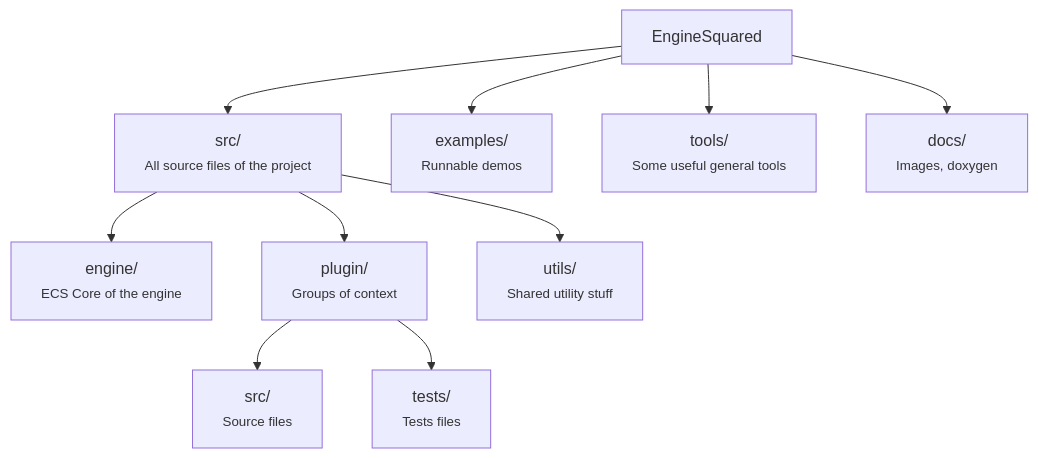
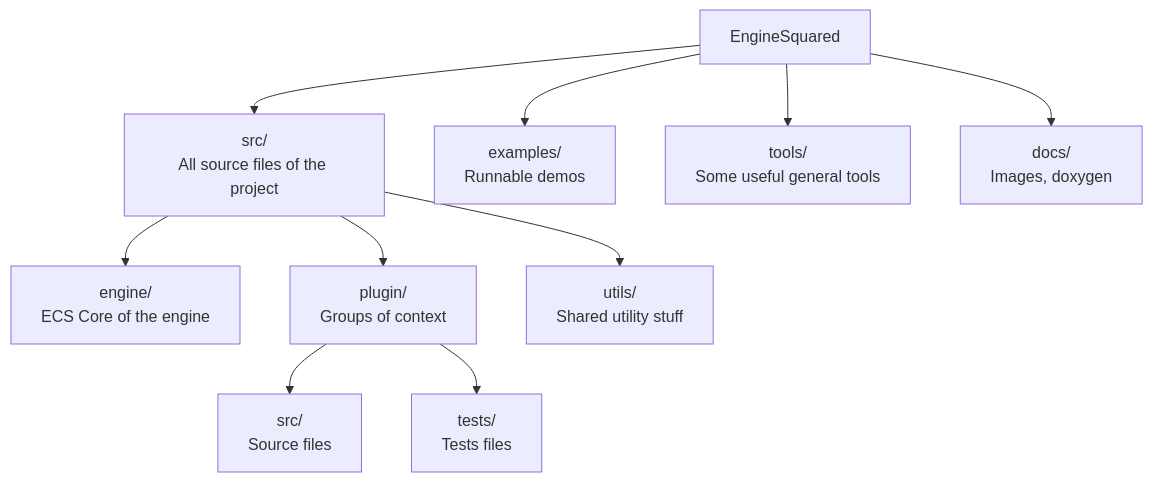
One commit to EngineSquared/EngineSquared changed the diagram in README.md. Above: the diagram before and after it, drawn with Mermaid. The commit also changed other lines of this file, not shown here.

````diff
--- a/README.md
+++ b/README.md
@@ -76,16 +98,16 @@
 ```mermaid
 graph TD
   ROOT["EngineSquared"]
 
-  ROOT --> SRC["src/"<br/><small>All source files of the project</small>]
-  ROOT --> EX["examples/<br/><small>Runnable demos</small>"]
-  ROOT --> TOOLS["tools/<br/><small>Some useful general tools</small>"]
-  ROOT --> DOCS["docs/<br/><small>Images, doxygen</small>"]
+  ROOT --> SRC["src/"<br/>All source files of the project]
+  ROOT --> EX["examples/<br/>Runnable demos"]
+  ROOT --> TOOLS["tools/<br/>Some useful general tools"]
+  ROOT --> DOCS["docs/<br/>Images, doxygen"]
 
-  SRC --> ENGINE["engine/<br/><small>ECS Core of the engine</small>"]
-  SRC --> PLUGIN["plugin/<br/><small>Groups of context</small>"]
-  SRC --> UTILS["utils/<br/><small>Shared utility stuff</small>"]
+  SRC --> ENGINE["engine/<br/>ECS Core of the engine"]
+  SRC --> PLUGIN["plugin/<br/>Groups of context"]
+  SRC --> UTILS["utils/<br/>Shared utility stuff"]
 
-  PLUGIN --> PLUGIN_SRC["src/<br/><small>Source files</small>"]
-  PLUGIN --> PLUGIN_XMAKE["tests/<br/><small>Tests files</small>"]
+  PLUGIN --> PLUGIN_SRC["src/<br/>Source files"]
+  PLUGIN --> PLUGIN_XMAKE["tests/<br/>Tests files"]
 ```
````
